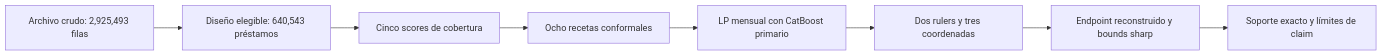
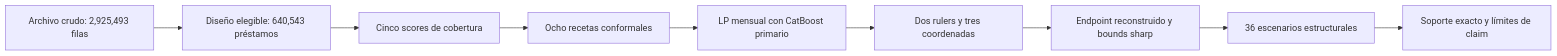
Before and after one commit to EigenCharlie/Paper_CRPTO: the diagram in book/index.qmd, drawn with Mermaid. The commit also changed other lines of this file and 34 other files, not shown here.

````diff
--- a/book/index.qmd
+++ b/book/index.qmd
@@ -32,12 +35,13 @@
 ```{mermaid}
 %%| label: fig-crpto-overview
 %%| fig-cap: "Arquitectura activa de la auditoría CRPTO."
 flowchart LR
   A["Archivo crudo: 2,925,493 filas"] --> B["Diseño elegible: 640,543 préstamos"]
   B --> C["Cinco scores de cobertura"]
   C --> D["Ocho recetas conformales"]
   D --> E["LP mensual con CatBoost primario"]
   E --> F["Dos rulers y tres coordenadas"]
   F --> G["Endpoint reconstruido y bounds sharp"]
-  G --> H["Soporte exacto y límites de claim"]
+  G --> H["36 escenarios estructurales"]
+  H --> I["Soporte exacto y límites de claim"]
 ```
````
